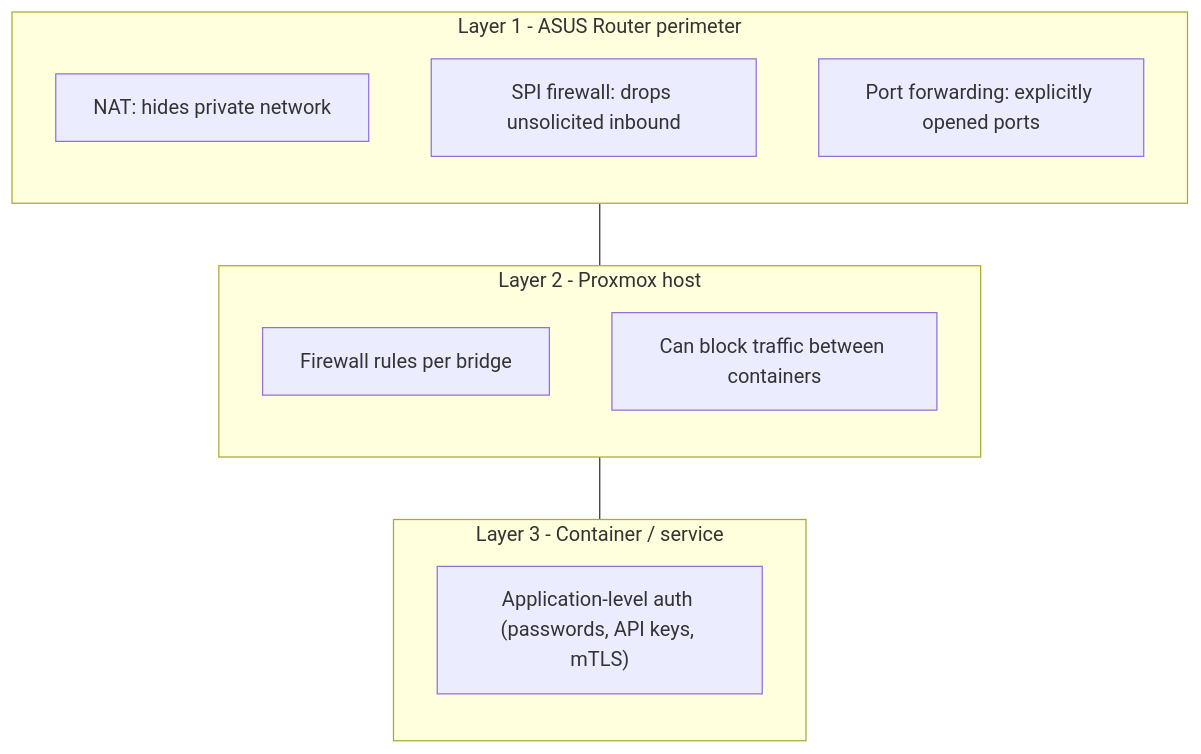
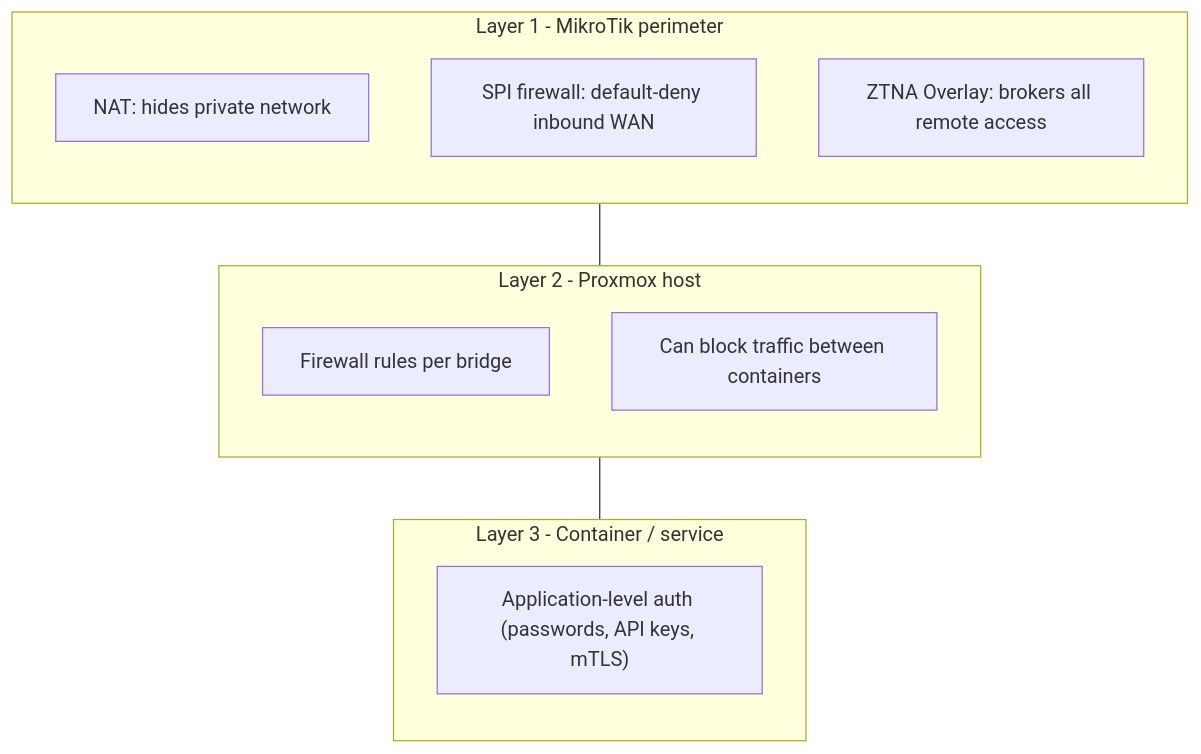
Before and after one commit to mithun3/tech-blog: the first of 2 diagrams in content/pages/networking/homelab-architecture/network-security.mdx, drawn with Mermaid. The commit also changed other lines of this file and 4 other files, not shown here.

````diff
--- a/content/pages/networking/homelab-architecture/network-security.mdx
+++ b/content/pages/networking/homelab-architecture/network-security.mdx
@@ -15,21 +29,21 @@
 ```mermaid
 flowchart TD
-  subgraph L1 [Layer 1 - ASUS Router perimeter]
+  subgraph L1 [Layer 1 - MikroTik perimeter]
     direction TB
     NAT["NAT: hides private network"]
-    SPI["SPI firewall: drops unsolicited inbound"]
-    PF["Port forwarding: explicitly opened ports"]
+    SPI["SPI firewall: default-deny inbound WAN"]
+    ZTNA["ZTNA Overlay: brokers all remote access"]
   end
   subgraph L2 [Layer 2 - Proxmox host]
     direction TB
     FW["Firewall rules per bridge"]
     Iso["Can block traffic between containers"]
   end
   subgraph L3 [Layer 3 - Container / service]
     direction TB
     Auth["Application-level auth (passwords, API keys, mTLS)"]
   end
   
   L1 --- L2
   L2 --- L3
 ```
````
